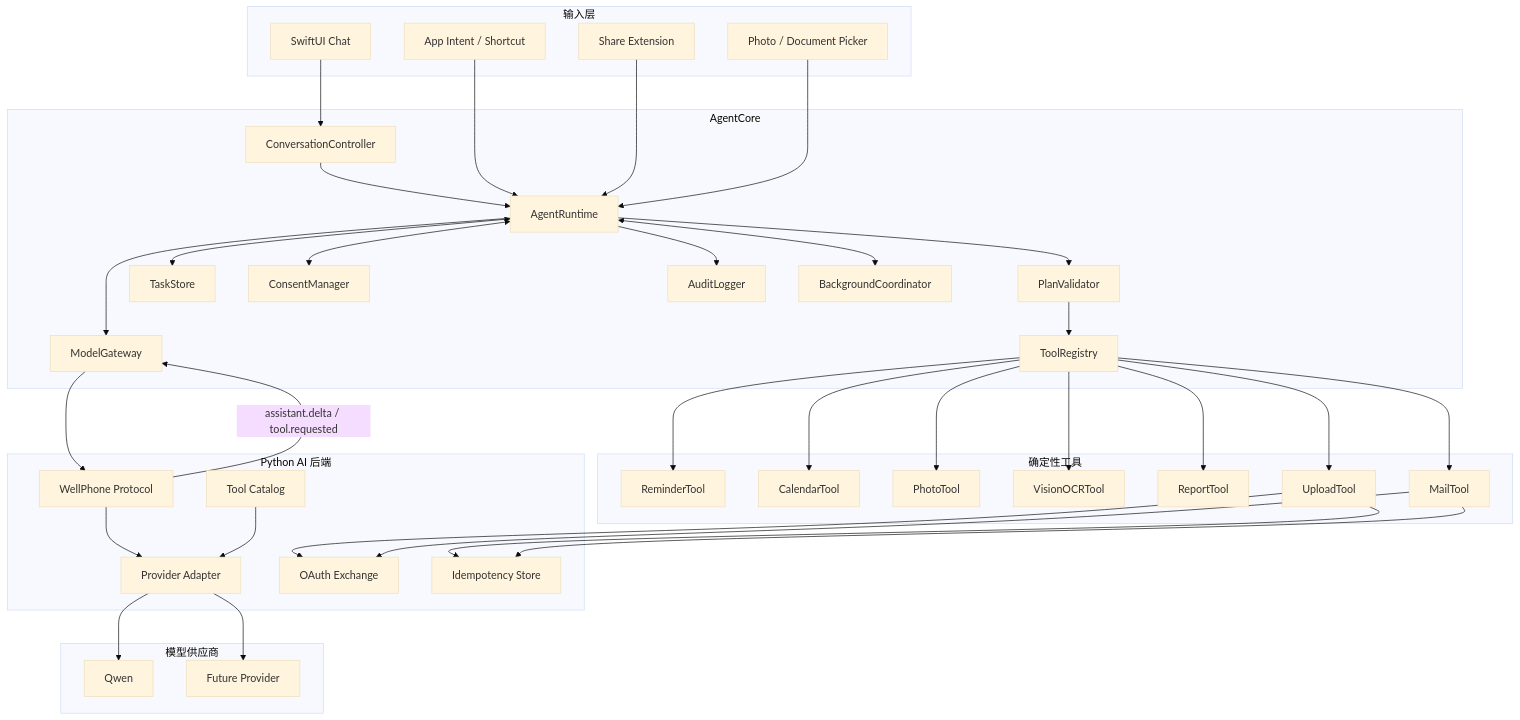
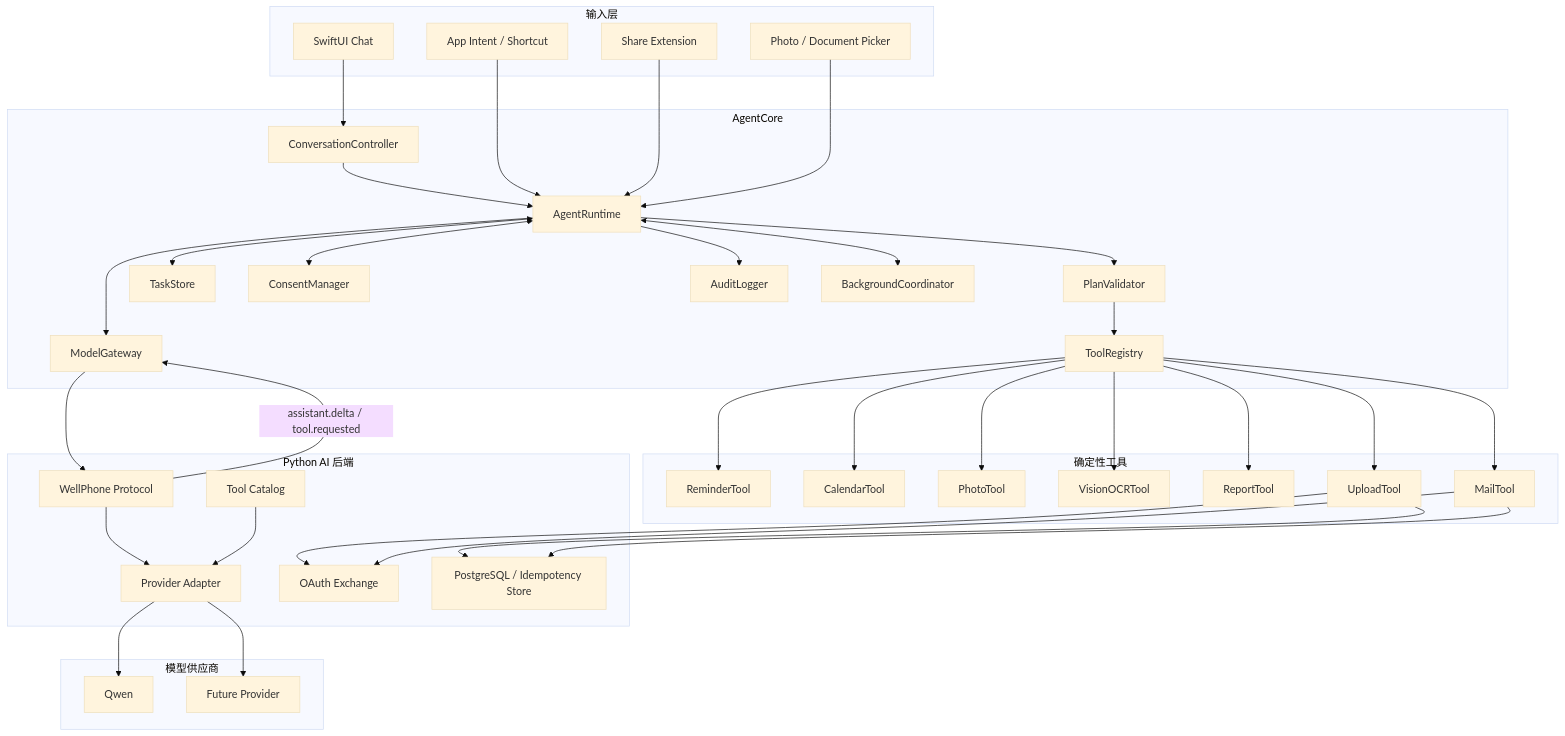
One commit to Kirin-Hunter-Nan/wellphone changed the first of 2 diagrams in docs/DEVELOPMENT.md. Above: the diagram before and after it, drawn with Mermaid (base theme). The commit also changed other lines of this file and 24 other files, not shown here.

Commit message:
feat: persist tool results in PostgreSQL

````diff
--- a/docs/DEVELOPMENT.md
+++ b/docs/DEVELOPMENT.md
@@ -122,71 +122,71 @@
 ```mermaid
 flowchart TB
     subgraph InputLayer["输入层"]
         Chat["SwiftUI Chat"]
         Intent["App Intent / Shortcut"]
         Share["Share Extension"]
         Picker["Photo / Document Picker"]
     end
 
     subgraph AgentCore["AgentCore"]
         Runtime["AgentRuntime"]
         Conversation["ConversationController"]
         Planner["ModelGateway"]
         Validator["PlanValidator"]
         Registry["ToolRegistry"]
         Store["TaskStore"]
         Consent["ConsentManager"]
         Audit["AuditLogger"]
         Background["BackgroundCoordinator"]
     end
 
     subgraph Tools["确定性工具"]
         Reminder["ReminderTool"]
         Calendar["CalendarTool"]
         Photos["PhotoTool"]
         Vision["VisionOCRTool"]
         Report["ReportTool"]
         Upload["UploadTool"]
         Mail["MailTool"]
     end
 
     subgraph Backend["Python AI 后端"]
         Protocol["WellPhone Protocol"]
         Provider["Provider Adapter"]
         Catalog["Tool Catalog"]
         OAuth["OAuth Exchange"]
-        Idempotency["Idempotency Store"]
+        Idempotency["PostgreSQL / Idempotency Store"]
     end
 
     subgraph Models["模型供应商"]
         Qwen["Qwen"]
         Future["Future Provider"]
     end
 
     Chat --> Conversation --> Runtime
     Intent --> Runtime
     Share --> Runtime
     Picker --> Runtime
     Runtime --> Planner --> Protocol
     Protocol --> Provider
     Provider --> Qwen
     Provider --> Future
     Catalog --> Provider
     Protocol -->|"assistant.delta / tool.requested"| Planner
     Runtime --> Validator --> Registry
     Runtime <--> Store
     Runtime <--> Consent
     Runtime <--> Background
     Runtime --> Audit
     Registry --> Reminder
     Registry --> Calendar
     Registry --> Photos
     Registry --> Vision
     Registry --> Report
     Registry --> Upload
     Registry --> Mail
     Upload --> Idempotency
     Mail --> Idempotency
     Upload --> OAuth
     Mail --> OAuth
 ```
````
